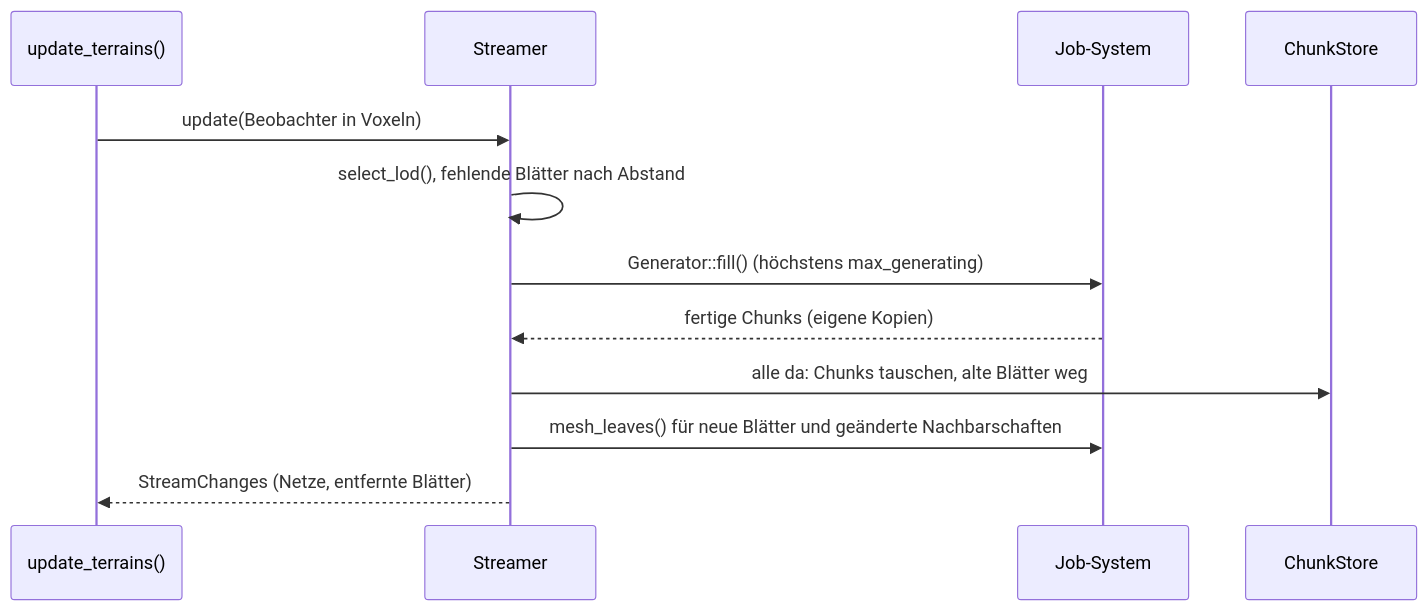
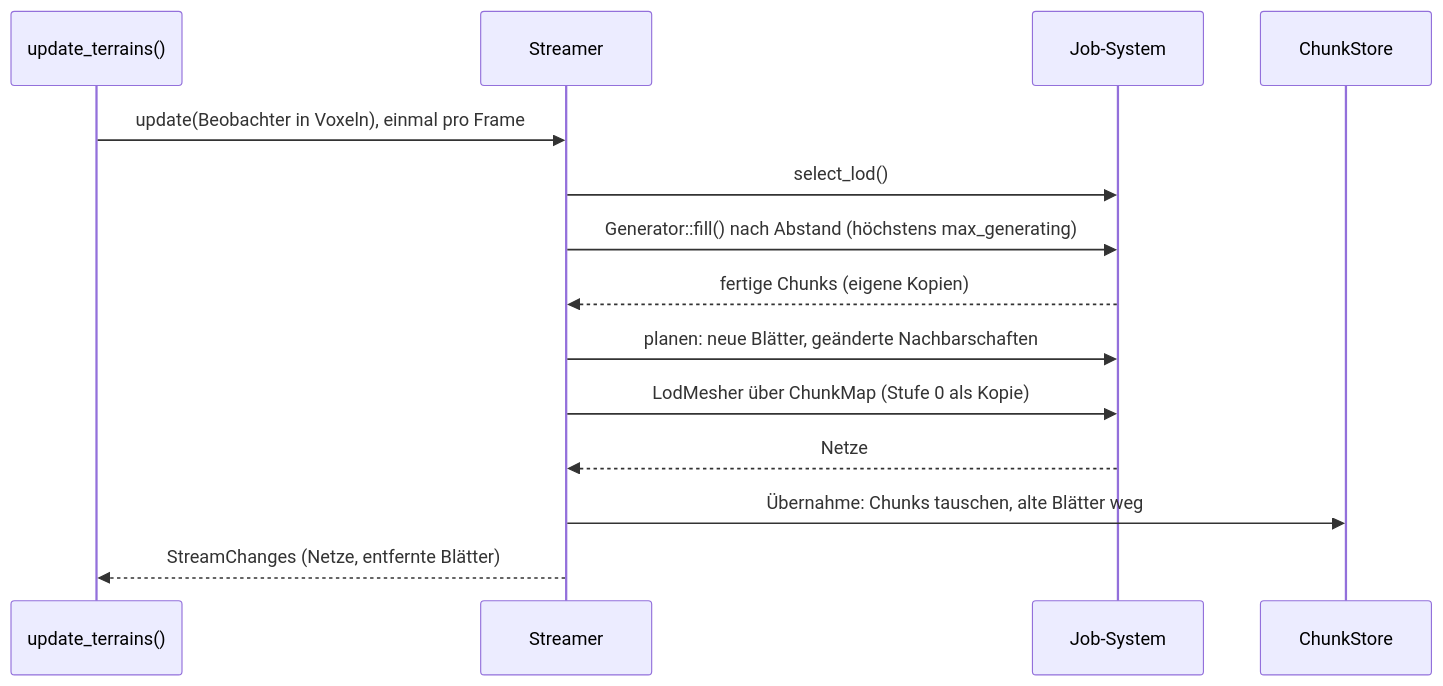
One commit to viiez/ngine changed diagram 13 of 15 in docs/architecture.md. Above: the diagram before and after it, drawn with Mermaid. The commit also changed other lines of this file and 8 other files, not shown here.

````diff
--- a/docs/architecture.md
+++ b/docs/architecture.md
@@ -555,14 +555,16 @@
 ```mermaid
 sequenceDiagram
     participant W as update_terrains()
     participant S as Streamer
     participant J as Job-System
     participant C as ChunkStore
-    W->>S: update(Beobachter in Voxeln)
-    S->>S: select_lod(), fehlende Blätter nach Abstand
-    S->>J: Generator::fill() (höchstens max_generating)
+    W->>S: update(Beobachter in Voxeln), einmal pro Frame
+    S->>J: select_lod()
+    S->>J: Generator::fill() nach Abstand (höchstens max_generating)
     J-->>S: fertige Chunks (eigene Kopien)
-    S->>C: alle da: Chunks tauschen, alte Blätter weg
-    S->>J: mesh_leaves() für neue Blätter und geänderte Nachbarschaften
+    S->>J: planen: neue Blätter, geänderte Nachbarschaften
+    S->>J: LodMesher über ChunkMap (Stufe 0 als Kopie)
+    J-->>S: Netze
+    S->>C: Übernahme: Chunks tauschen, alte Blätter weg
     S-->>W: StreamChanges (Netze, entfernte Blätter)
 ```
````
